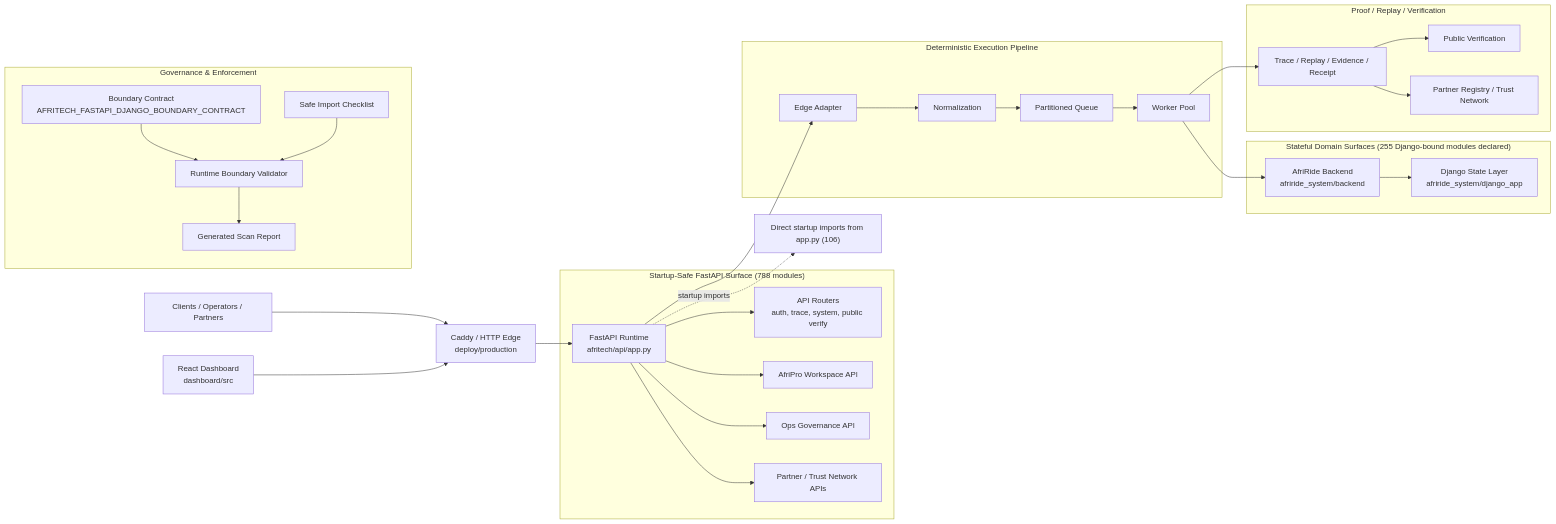
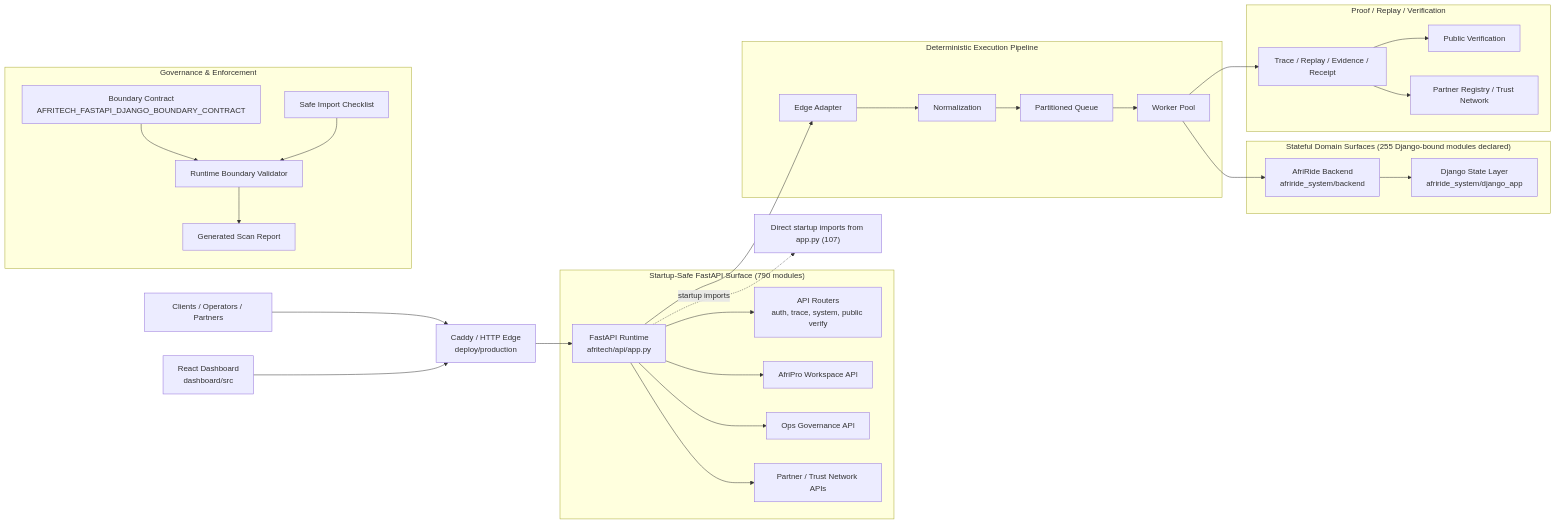
One commit to Strelly2023/afritelematics changed the first of 2 diagrams in docs/architecture/AFRITECH_FULL_ARCHITECTURE_GRAPH.md. Above: the diagram before and after it, drawn with Mermaid. The commit also changed other lines of this file and 8 other files, not shown here.

````diff
--- a/docs/architecture/AFRITECH_FULL_ARCHITECTURE_GRAPH.md
+++ b/docs/architecture/AFRITECH_FULL_ARCHITECTURE_GRAPH.md
@@ -22,39 +22,39 @@
 ```mermaid
 flowchart LR
     Client["Clients / Operators / Partners"] --> Edge["Caddy / HTTP Edge\ndeploy/production"]
     Dashboard["React Dashboard\ndashboard/src"] --> Edge
     Edge --> App["FastAPI Runtime\nafritech/api/app.py"]
 
-    subgraph FastAPI["Startup-Safe FastAPI Surface (788 modules)"]
+    subgraph FastAPI["Startup-Safe FastAPI Surface (790 modules)"]
         App --> Api["API Routers\nauth, trace, system, public verify"]
         App --> Workspace["AfriPro Workspace API"]
         App --> Governance["Ops Governance API"]
         App --> Trust["Partner / Trust Network APIs"]
     end
 
     subgraph Pipeline["Deterministic Execution Pipeline"]
         App --> Adapt["Edge Adapter"]
         Adapt --> Normalize["Normalization"]
         Normalize --> Queue["Partitioned Queue"]
         Queue --> Worker["Worker Pool"]
     end
 
     subgraph State["Stateful Domain Surfaces (255 Django-bound modules declared)"]
         Worker --> Domain["AfriRide Backend\nafriride_system/backend"]
         Domain --> Django["Django State Layer\nafriride_system/django_app"]
     end
 
     subgraph Proof["Proof / Replay / Verification"]
         Worker --> Trace["Trace / Replay / Evidence / Receipt"]
         Trace --> Public["Public Verification"]
         Trace --> Registry["Partner Registry / Trust Network"]
     end
 
     subgraph GovernancePlane["Governance & Enforcement"]
         Contract["Boundary Contract\nAFRITECH_FASTAPI_DJANGO_BOUNDARY_CONTRACT"] --> Validator["Runtime Boundary Validator"]
         Checklist["Safe Import Checklist"] --> Validator
         Validator --> Review["Generated Scan Report"]
     end
 
-    App -. startup imports .-> Imports["Direct startup imports from app.py (106)"]
+    App -. startup imports .-> Imports["Direct startup imports from app.py (107)"]
 ```
````
